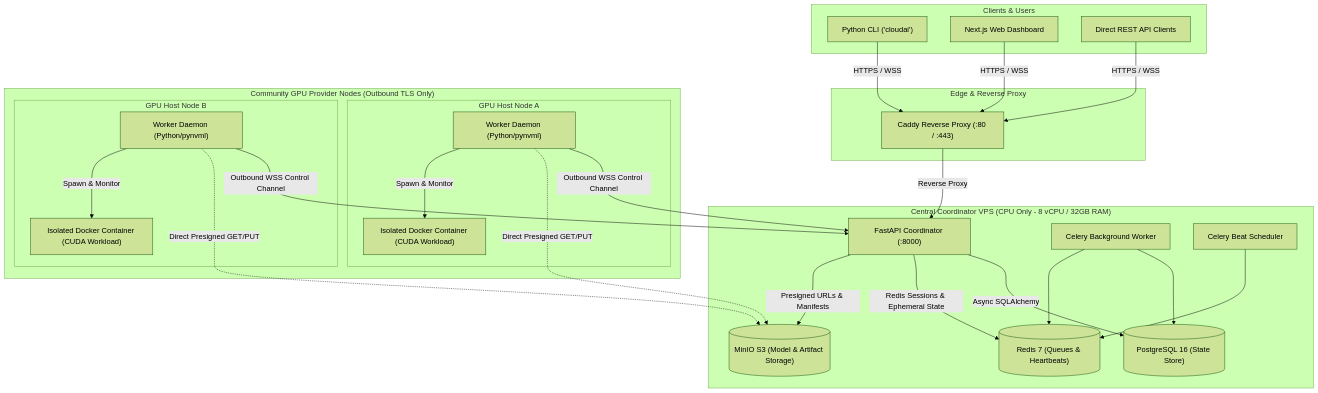
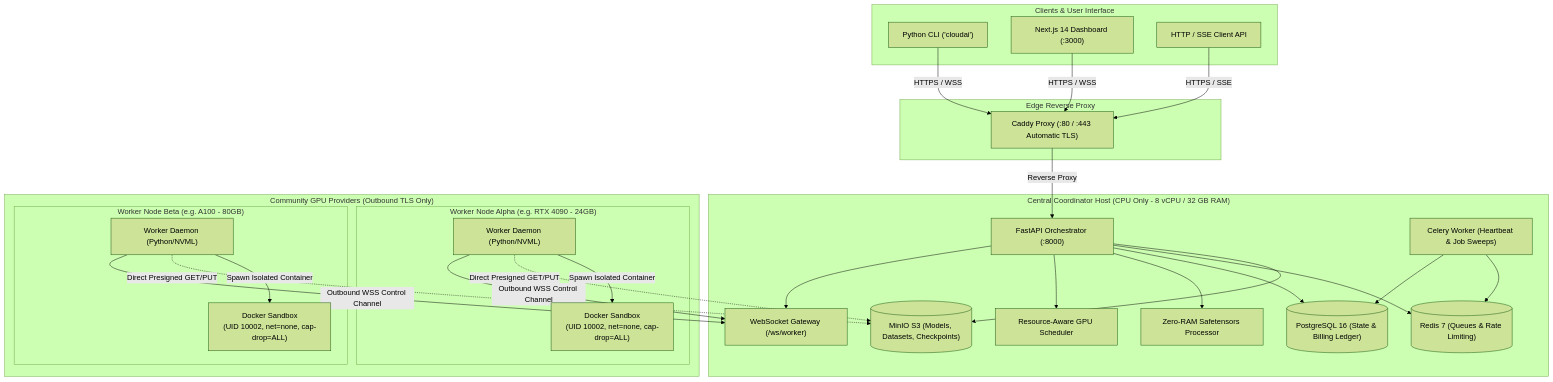
The diagram in README.md (liladhiee-web/Decentralized), drawn with Mermaid (forest theme) before and after one commit. The commit also changed other lines of this file and 8 other files, not shown here.

````diff
--- a/README.md
+++ b/README.md
@@ -19,55 +36,58 @@
 ```mermaid
 flowchart TD
-    subgraph Clients["Clients & Users"]
+    subgraph Clients["Clients & User Interface"]
         CLI["Python CLI ('cloudai')"]
-        WebDash["Next.js Web Dashboard"]
-        APIClient["Direct REST API Clients"]
+        WebDash["Next.js 14 Dashboard (:3000)"]
+        DirectAPI["HTTP / SSE Client API"]
     end
 
-    subgraph Edge["Edge & Reverse Proxy"]
-        Caddy["Caddy Reverse Proxy (:80 / :443)"]
+    subgraph EdgeProxy["Edge Reverse Proxy"]
+        Caddy["Caddy Proxy (:80 / :443 Automatic TLS)"]
     end
 
-    subgraph CoordinatorStack["Central Coordinator VPS (CPU Only - 8 vCPU / 32GB RAM)"]
-        FastAPI["FastAPI Coordinator (:8000)"]
-        CeleryWorker["Celery Background Worker"]
-        CeleryBeat["Celery Beat Scheduler"]
-        Postgres[("PostgreSQL 16 (State Store)")]
-        RedisDB[("Redis 7 (Queues & Heartbeats)")]
-        MinIOStore[("MinIO S3 (Model & Artifact Storage)")]
+    subgraph CoordinatorVPS["Central Coordinator Host (CPU Only - 8 vCPU / 32 GB RAM)"]
+        FastAPI["FastAPI Orchestrator (:8000)"]
+        Scheduler["Resource-Aware GPU Scheduler"]
+        ModelProc["Zero-RAM Safetensors Processor"]
+        WSGateway["WebSocket Gateway (/ws/worker)"]
+        CeleryWorker["Celery Worker (Heartbeat & Job Sweeps)"]
+        Postgres[("PostgreSQL 16 (State & Billing Ledger)")]
+        RedisDB[("Redis 7 (Queues & Rate Limiting)")]
+        MinIOStore[("MinIO S3 (Models, Datasets, Checkpoints)")]
     end
 
-    subgraph CommunityWorkers["Community GPU Provider Nodes (Outbound TLS Only)"]
-        subgraph WorkerNode1["GPU Host Node A"]
-            DaemonA["Worker Daemon (Python/pynvml)"]
-            DockerA["Isolated Docker Container (CUDA Workload)"]
+    subgraph CommunityProviders["Community GPU Providers (Outbound TLS Only)"]
+        subgraph NodeA["Worker Node Alpha (e.g. RTX 4090 - 24GB)"]
+            DaemonA["Worker Daemon (Python/NVML)"]
+            SandboxA["Docker Sandbox\n(UID 10002, net=none, cap-drop=ALL)"]
         end
-        subgraph WorkerNode2["GPU Host Node B"]
-            DaemonB["Worker Daemon (Python/pynvml)"]
-            DockerB["Isolated Docker Container (CUDA Workload)"]
+        subgraph NodeB["Worker Node Beta (e.g. A100 - 80GB)"]
+            DaemonB["Worker Daemon (Python/NVML)"]
+            SandboxB["Docker Sandbox\n(UID 10002, net=none, cap-drop=ALL)"]
         end
     end
 
     CLI -->|HTTPS / WSS| Caddy
     WebDash -->|HTTPS / WSS| Caddy
-    APIClient -->|HTTPS / WSS| Caddy
+    DirectAPI -->|HTTPS / SSE| Caddy
 
     Caddy -->|Reverse Proxy| FastAPI
-
-    FastAPI -->|Async SQLAlchemy| Postgres
-    FastAPI -->|Redis Sessions & Ephemeral State| RedisDB
-    FastAPI -->|Presigned URLs & Manifests| MinIOStore
+    FastAPI --> WSGateway
+    FastAPI --> Scheduler
+    FastAPI --> ModelProc
+    FastAPI --> Postgres
+    FastAPI --> RedisDB
+    FastAPI --> MinIOStore
 
     CeleryWorker --> Postgres
     CeleryWorker --> RedisDB
-    CeleryBeat --> RedisDB
 
-    DaemonA -->|Outbound WSS Control Channel| FastAPI
-    DaemonB -->|Outbound WSS Control Channel| FastAPI
+    DaemonA -->|Outbound WSS Control Channel| WSGateway
+    DaemonB -->|Outbound WSS Control Channel| WSGateway
 
     DaemonA -.->|Direct Presigned GET/PUT| MinIOStore
     DaemonB -.->|Direct Presigned GET/PUT| MinIOStore
 
-    DaemonA -->|Spawn & Monitor| DockerA
-    DaemonB -->|Spawn & Monitor| DockerB
+    DaemonA -->|Spawn Isolated Container| SandboxA
+    DaemonB -->|Spawn Isolated Container| SandboxB
 ```
````
